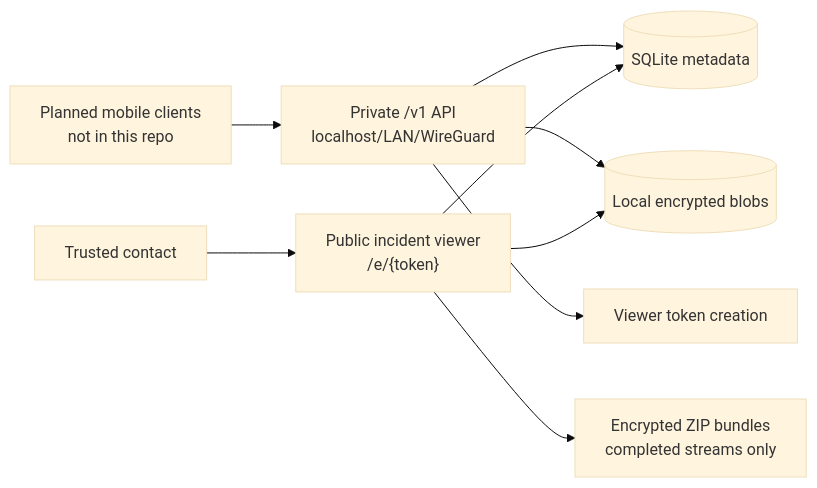
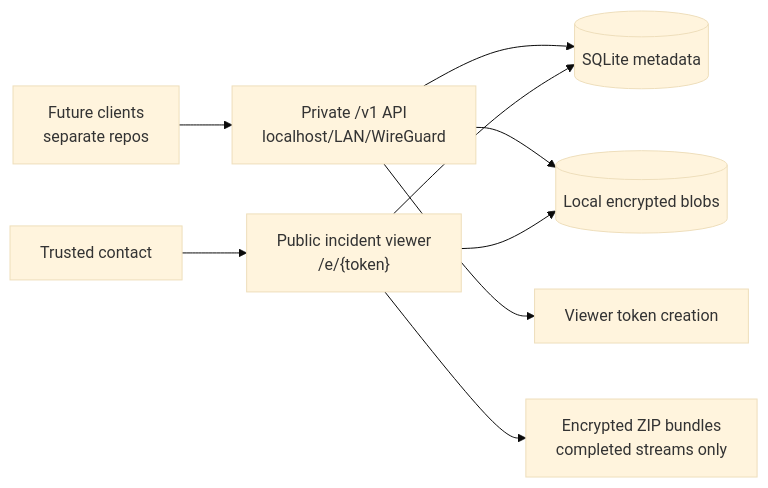
The diagram in README.md (open-proofline/server), drawn with Mermaid (base theme) before and after one commit. The commit also changed other lines of this file, not shown here.

Commit message:
Document open-proofline server repo scope

````diff
--- a/README.md
+++ b/README.md
@@ -75,11 +94,11 @@
 ```mermaid
 flowchart LR
-    FutureClient["Planned mobile clients<br/>not in this repo"] --> Private["Private /v1 API<br/>localhost/LAN/WireGuard"]
+    FutureClients["Future clients<br/>separate repos"] --> Private["Private /v1 API<br/>localhost/LAN/WireGuard"]
     Private --> DB[(SQLite metadata)]
     Private --> Blobs[(Local encrypted blobs)]
     Private --> Tokens["Viewer token creation"]
     Contact["Trusted contact"] --> Public["Public incident viewer<br/>/e/{token}"]
     Public --> DB
     Public --> Blobs
     Public --> Bundles["Encrypted ZIP bundles<br/>completed streams only"]
 ```
````
